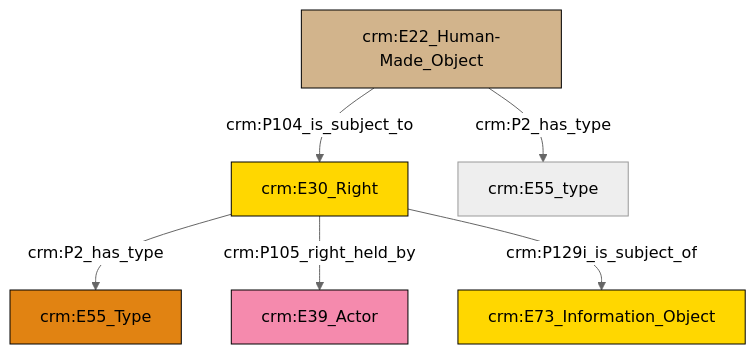
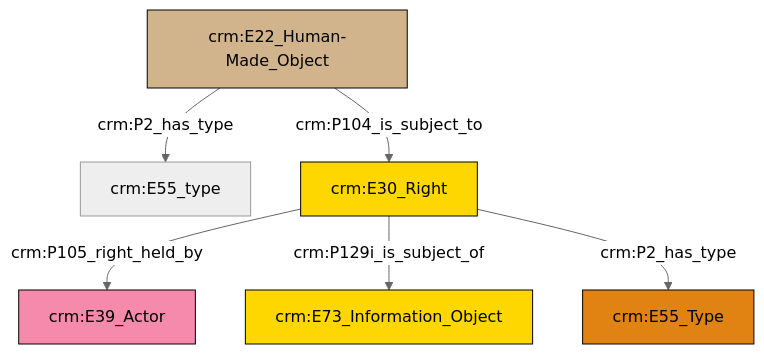
One commit to swiss-art-research-net/reference-data-models changed the diagram in et/builtWorkCSV/ttl/mmd/Built_Work_rights.ttl.mmd. Above: the diagram before and after it, drawn with Mermaid (neutral theme). The commit also changed 152 other files, not shown here.

```diff
--- a/et/builtWorkCSV/ttl/mmd/Built_Work_rights.ttl.mmd
+++ b/et/builtWorkCSV/ttl/mmd/Built_Work_rights.ttl.mmd
@@ -1,20 +1,20 @@
 graph TD
 classDef Literal fill:#f2f2f2,stroke:#000000;
 classDef CRM_Entity fill:#FFFFFF,stroke:#000000;
 classDef Temporal_Entity fill:#00C9E6, stroke:#000000;
 classDef Type fill:#E18312, stroke:#000000;
 classDef Time-Span fill:#2C9C91, stroke:#000000;
 classDef Appellation fill:#FFEB7F, stroke:#000000;
 classDef Place fill:#008836, stroke:#000000;
 classDef Persistent_Item fill:#B266B2, stroke:#000000;
 classDef Conceptual_Object fill:#FFD700, stroke:#000000;
 classDef Physical_Thing fill:#D2B48C, stroke:#000000;
 classDef Actor fill:#f58aad, stroke:#000000;
 classDef PC_Classes fill:#4ce600, stroke:#000000;
 classDef Multi fill:#cccccc,stroke:#000000;
 
-0["crm:E22_Human-Made_Object"]:::Physical_Thing -->|crm:P104_is_subject_to| 1["crm:E30_Right"]:::Conceptual_Object
-1["crm:E30_Right"]:::Conceptual_Object -->|crm:P2_has_type| 2["crm:E55_Type"]:::Type
-1["crm:E30_Right"]:::Conceptual_Object -->|crm:P105_right_held_by| 8["crm:E39_Actor"]:::Actor
-0["crm:E22_Human-Made_Object"]:::Physical_Thing -->|crm:P2_has_type| 10["crm:E55_type"]:::Default
-1["crm:E30_Right"]:::Conceptual_Object -->|crm:P129i_is_subject_of| 6["crm:E73_Information_Object"]:::Conceptual_Object
+4["crm:E30_Right"]:::Conceptual_Object -->|crm:P105_right_held_by| 5["crm:E39_Actor"]:::Actor
+4["crm:E30_Right"]:::Conceptual_Object -->|crm:P129i_is_subject_of| 6["crm:E73_Information_Object"]:::Conceptual_Object
+4["crm:E30_Right"]:::Conceptual_Object -->|crm:P2_has_type| 9["crm:E55_Type"]:::Type
+2["crm:E22_Human-Made_Object"]:::Physical_Thing -->|crm:P2_has_type| 0["crm:E55_type"]:::Default
+2["crm:E22_Human-Made_Object"]:::Physical_Thing -->|crm:P104_is_subject_to| 4["crm:E30_Right"]:::Conceptual_Object
```
